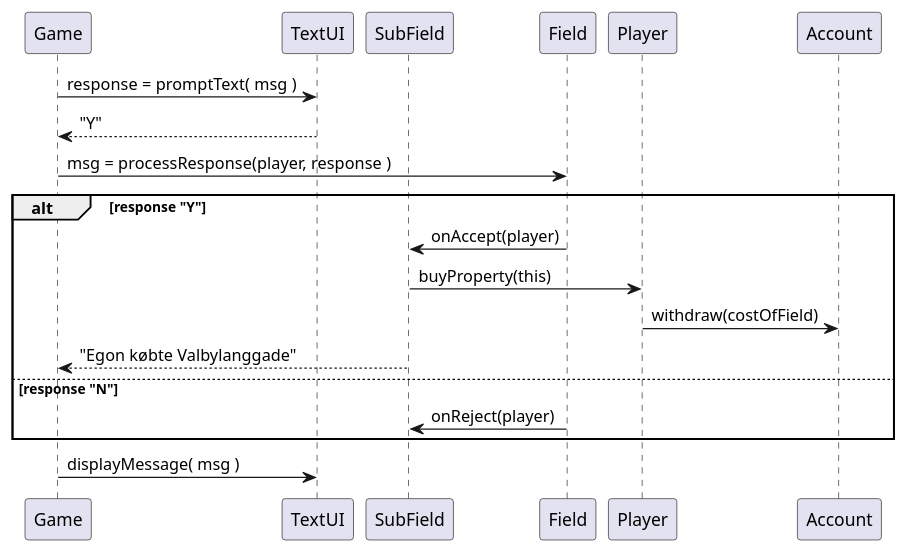
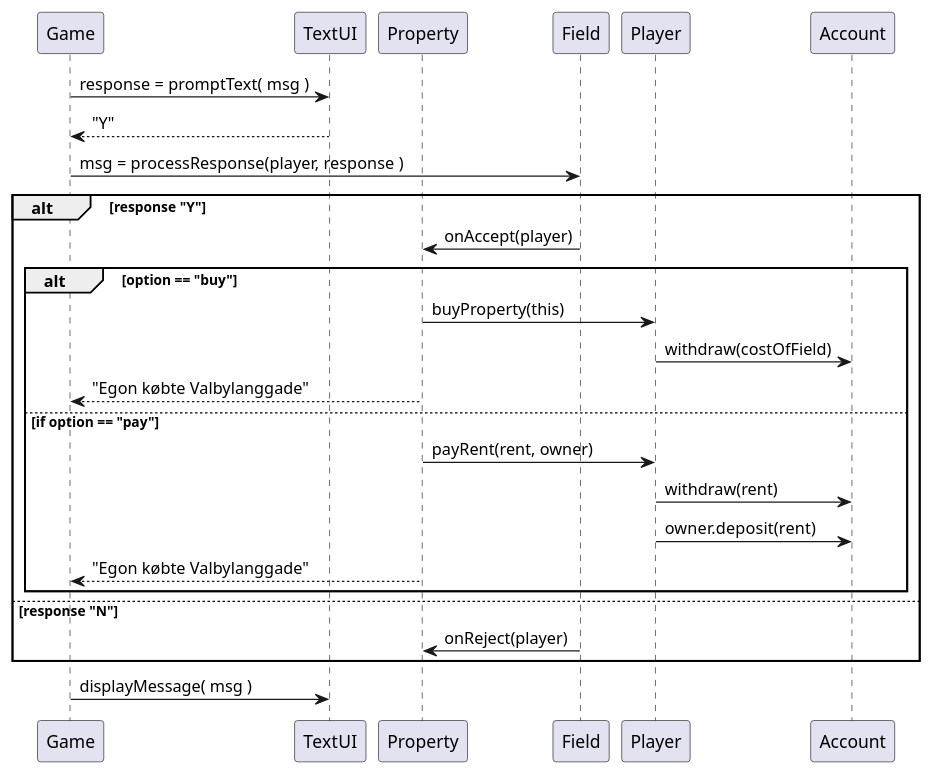
Before and after one commit to Dat1Cphbusiness/MonopolyE24: the diagram in doc/Plan/dynamic/sequence_uc4_landAndAct_2.puml, drawn with PlantUML. The commit also changed 7 other files, not shown here.

```diff
--- a/doc/Plan/dynamic/sequence_uc4_landAndAct_2.puml
+++ b/doc/Plan/dynamic/sequence_uc4_landAndAct_2.puml
@@ -1,26 +1,36 @@
 @startuml
 'https://plantuml.com/sequence-diagram
 
 participant Game as game
 participant TextUI as ui
-participant SubField  as subField
+participant Property  as subField
 participant Field  as field
 
 game -> ui : response = promptText( msg )
 
 ui --> game : "Y"
 game -> field : msg = processResponse(player, response )
 
 alt response "Y"
     field  -> subField : onAccept(player)
-    subField  -> Player: buyProperty(this)
-    Player -> Account : withdraw(costOfField)
+
+    alt option == "buy"
+        subField  -> Player: buyProperty(this)
+        Player -> Account : withdraw(costOfField)
     subField --> game : "Egon købte Valbylanggade"
+
+    else if option == "pay"
+             subField -> Player :payRent(rent, owner)
+             Player -> Account : withdraw(rent)
+             Player -> Account : owner.deposit(rent)
+             subField --> game : "Egon købte Valbylanggade"
+    end
+
 else response "N"
     field -> subField : onReject(player)
     end
 
 
 game -> ui : displayMessage( msg )
 
 @enduml
```
